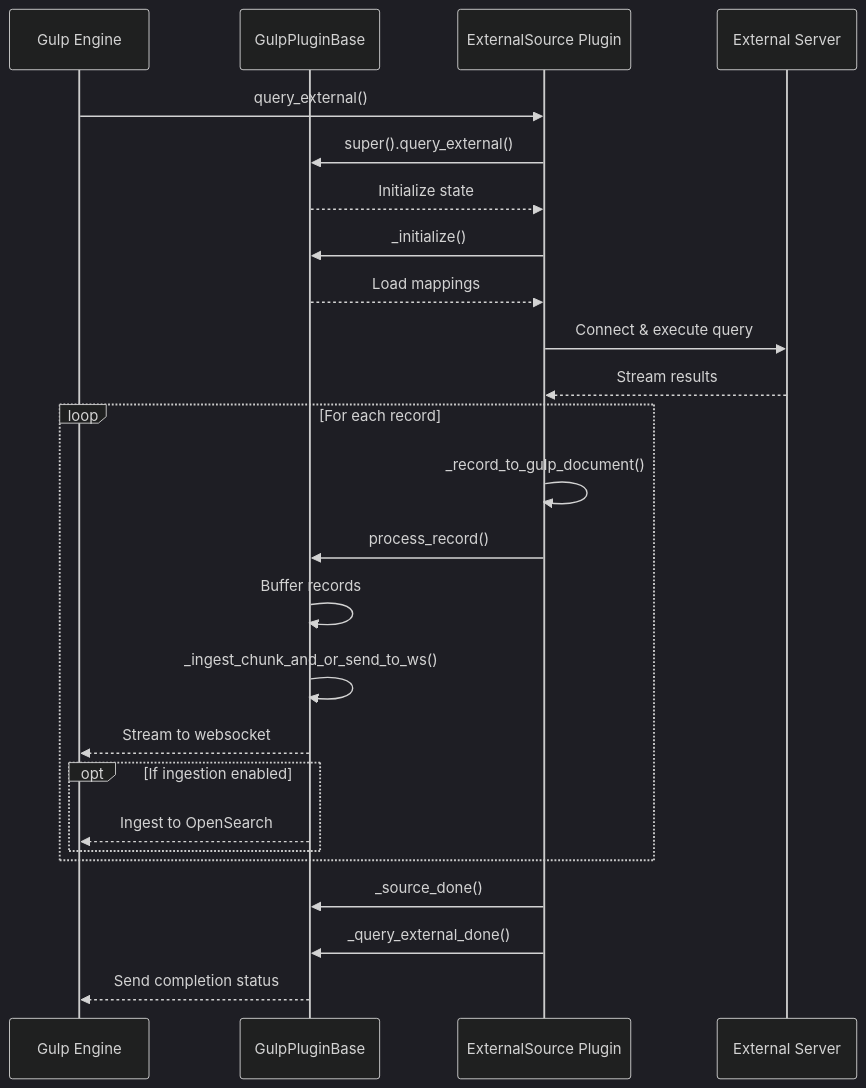
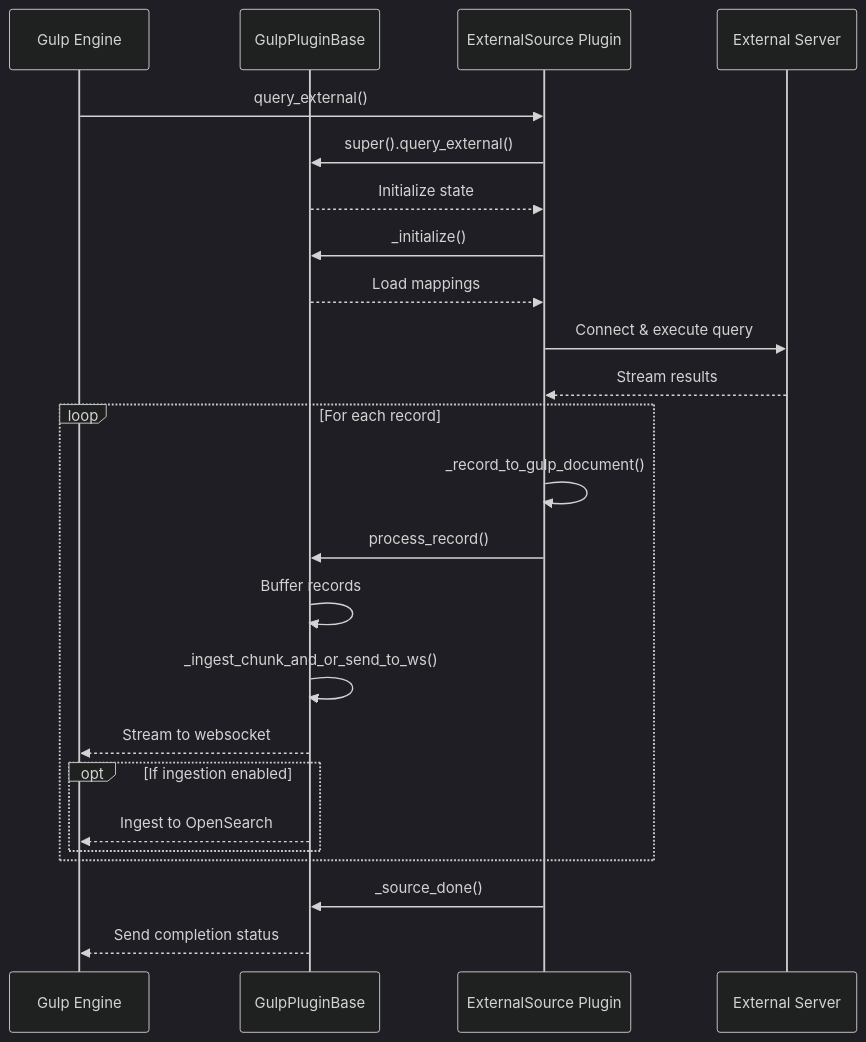
Before and after one commit to mentat-is/gulp: the second of 4 diagrams in docs/Creating Plugins.md, drawn with Mermaid (dark theme). The commit also changed 16 other files, not shown here.

```diff
--- a/docs/Creating Plugins.md
+++ b/docs/Creating Plugins.md
@@ -192,31 +192,30 @@
 ~~~mermaid
 sequenceDiagram
     participant Engine as Gulp Engine
     participant Base as GulpPluginBase
     participant Plugin as ExternalSource Plugin
     participant ExternalSource as External Server
 
     Engine->>Plugin: query_external()
     Plugin->>Base: super().query_external()
     Base-->>Plugin: Initialize state
     Plugin->>Base: _initialize()
     Base-->>Plugin: Load mappings
     
     Plugin->>ExternalSource: Connect & execute query
     ExternalSource-->>Plugin: Stream results
     
     loop For each record
         Plugin->>Plugin: _record_to_gulp_document()
         Plugin->>Base: process_record()
         Base->>Base: Buffer records
         Base->>Base: _ingest_chunk_and_or_send_to_ws()
         Base-->>Engine: Stream to websocket
         opt If ingestion enabled
             Base-->>Engine: Ingest to OpenSearch
         end
     end
     
     Plugin->>Base: _source_done()
-    Plugin->>Base: _query_external_done()
     Base-->>Engine: Send completion status
 ~~~
```
